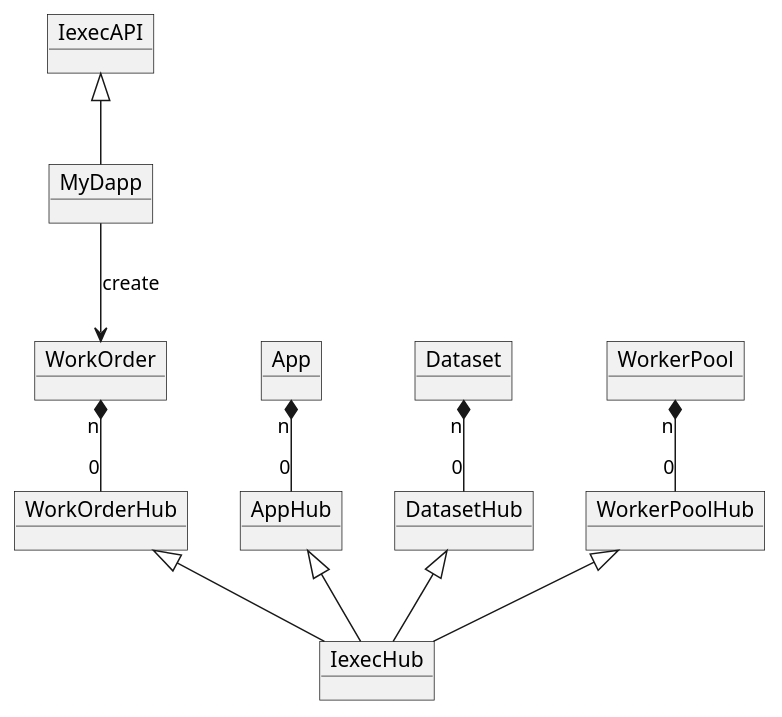
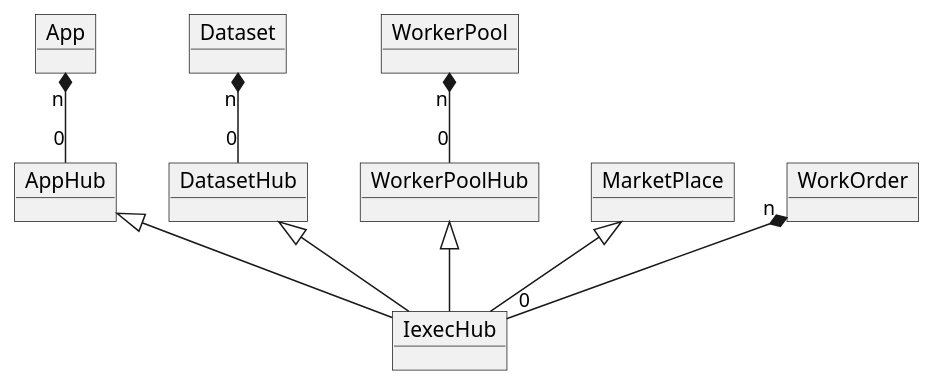
Before and after one commit to iExecBlockchainComputing/PoCo: the diagram in uml/ContractV2.puml, drawn with PlantUML. The commit also changed 30 other files, not shown here.

Commit message:
update uml + fix event name + fix missing event + update readme

```diff
--- a/uml/ContractV2.puml
+++ b/uml/ContractV2.puml
@@ -1,37 +1,31 @@
 @startuml
-object IexecAPI
-object MyDapp
 
-IexecAPI <|-- MyDapp
 
 object App
 object AppHub
 
 object Dataset
 object DatasetHub
 
-object WorkOrder
-object WorkOrderHub
-
 object WorkerPool
 object WorkerPoolHub
 
+object MarketPlace
+
 object IexecHub
+object WorkOrder
 
 AppHub <|-- IexecHub
 DatasetHub <|-- IexecHub
 WorkerPoolHub <|-- IexecHub
-WorkOrderHub <|-- IexecHub
 
+MarketPlace <|-- IexecHub
 
 WorkerPool "n" *-- "0" WorkerPoolHub
 App "n" *-- "0" AppHub
 Dataset "n" *-- "0" DatasetHub
-WorkOrder "n" *-- "0" WorkOrderHub
 
-
-
-MyDapp --> WorkOrder: create
+WorkOrder "n" *-- "0" IexecHub
 
 
 @enduml
```
